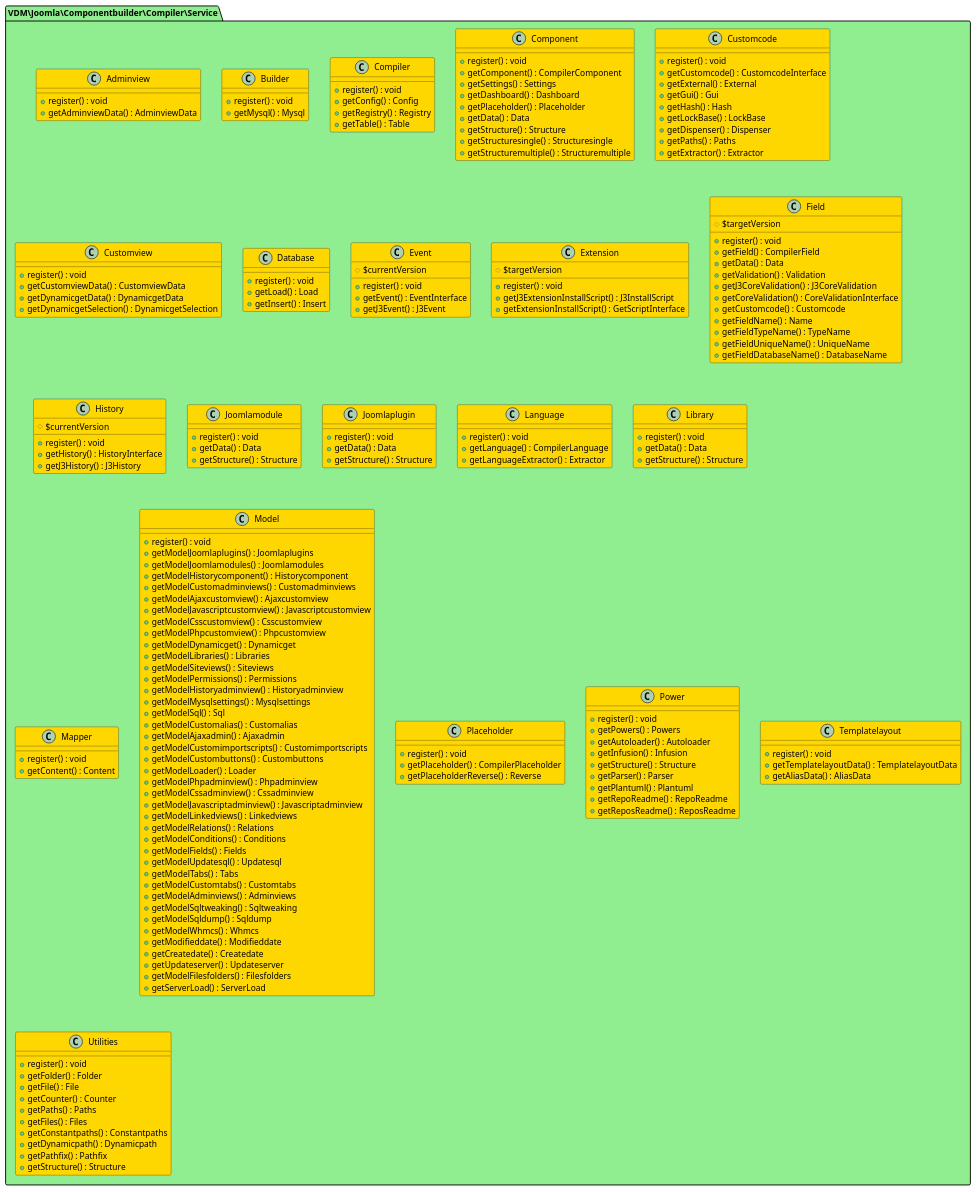
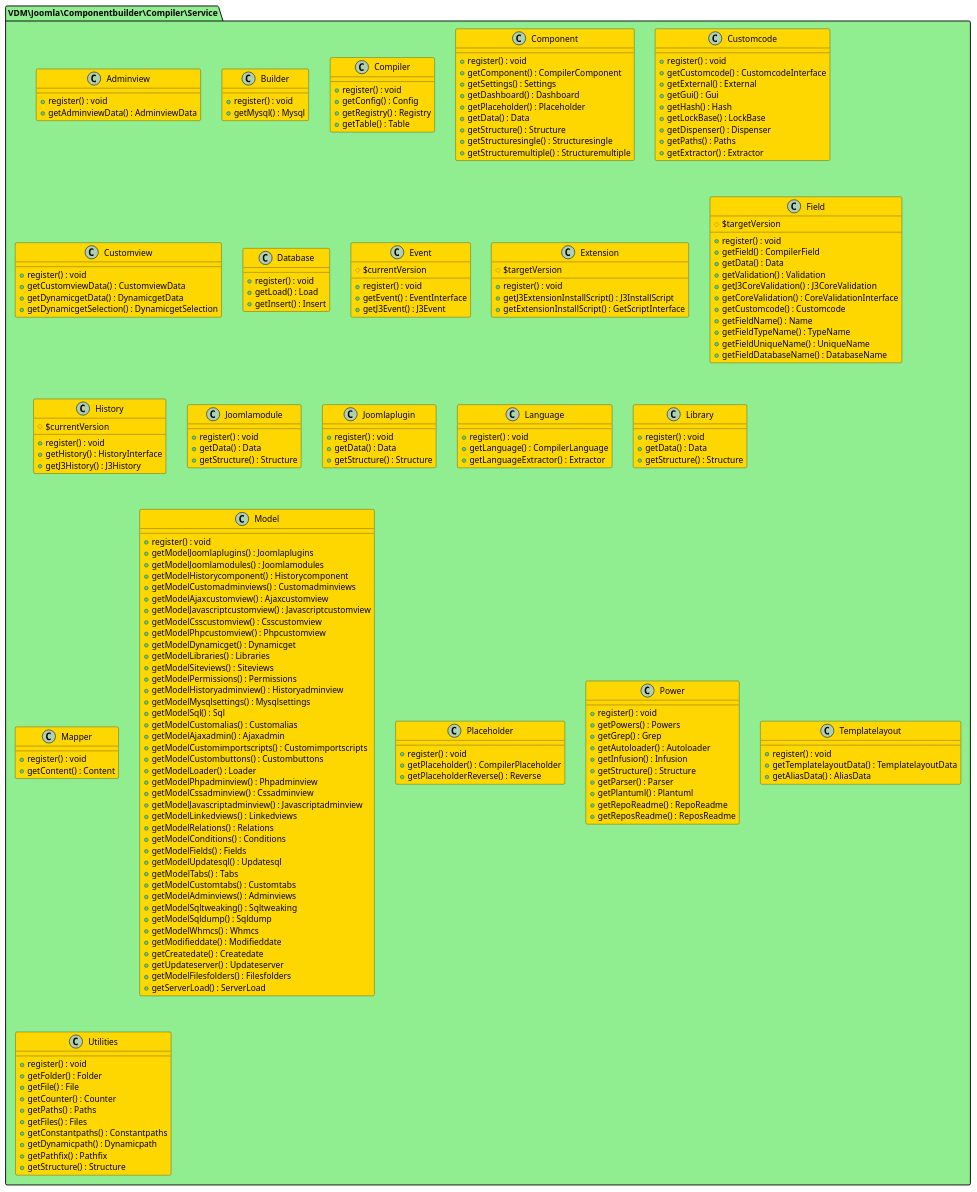
Before and after one commit to joomengine/jcb-compiler: diagram 21 of 33 in README.md, drawn with PlantUML. The commit also changed other lines of this file and 176 other files, not shown here.

```diff
--- a/README.md
+++ b/README.md
@@ -1832,6 +1885,7 @@
   class Power  #Gold {
     + register() : void
     + getPowers() : Powers
+    + getGrep() : Grep
     + getAutoloader() : Autoloader
     + getInfusion() : Infusion
     + getStructure() : Structure
```
